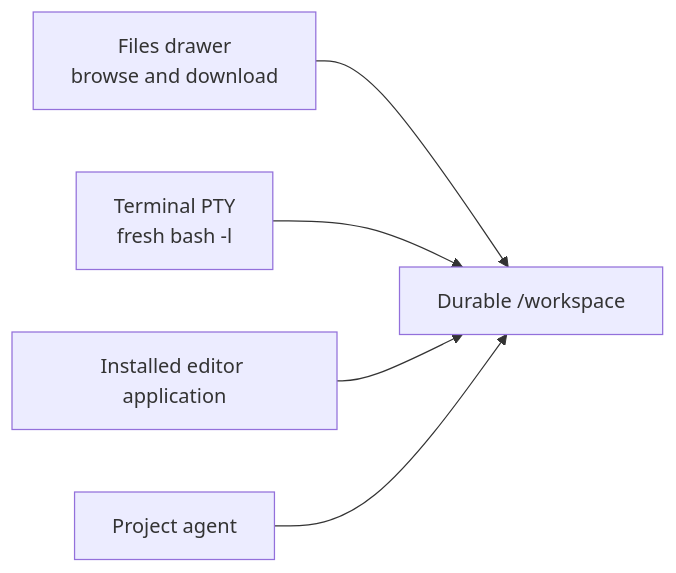
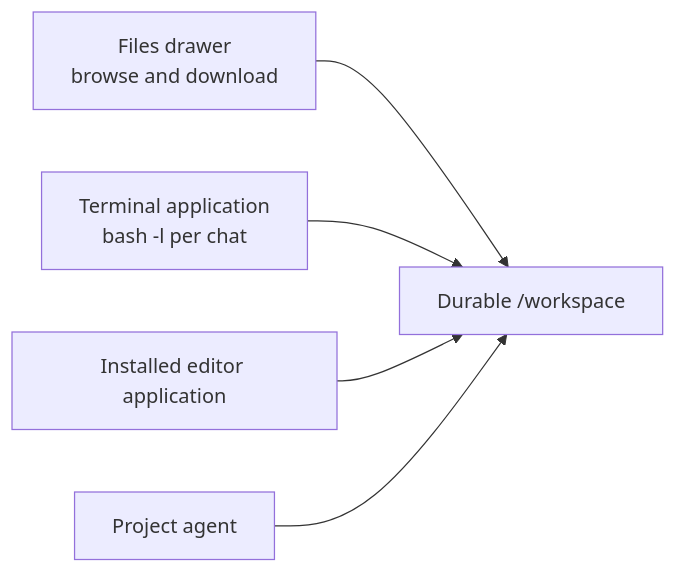
Before and after one commit to futrx-com/remote.futrx: the diagram in docs/02-user-guide/05-files-terminal-and-application-editors.md, drawn with Mermaid. The commit also changed other lines of this file and 77 other files, not shown here.

First line of the commit message:
feat(terminal): move the project terminal into an installable application

````diff
--- a/docs/02-user-guide/05-files-terminal-and-application-editors.md
+++ b/docs/02-user-guide/05-files-terminal-and-application-editors.md
@@ -161,7 +177,7 @@
 ```mermaid
 flowchart LR
     Files["Files drawer<br/>browse and download"] --> Workspace["Durable /workspace"]
-    Terminal["Terminal PTY<br/>fresh bash -l"] --> Workspace
+    Terminal["Terminal application<br/>bash -l per chat"] --> Workspace
     Editor["Installed editor application"] --> Workspace
     Agent["Project agent"] --> Workspace
 ```
````
